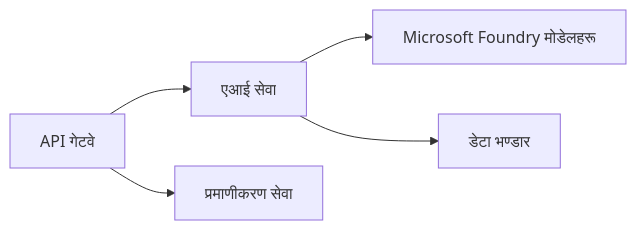
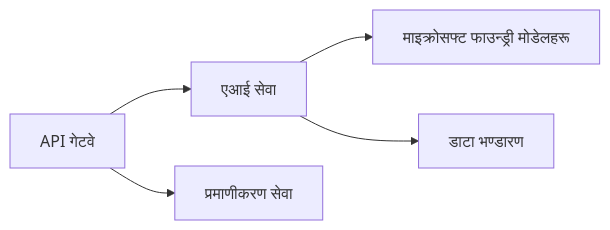
One commit to microsoft/AZD-for-beginners changed the first of 2 diagrams in translations/ne/docs/chapter-08-production/README.md. Above: the diagram before and after it, drawn with Mermaid. The commit also changed other lines of this file and 62 other files, not shown here.

````diff
--- a/translations/ne/docs/chapter-08-production/README.md
+++ b/translations/ne/docs/chapter-08-production/README.md
@@ -48,6 +48,6 @@
 ```mermaid
 graph LR
-    Gateway[API गेटवे] --> AI[एआई सेवा] --> Models[Microsoft Foundry मोडेलहरू]
+    Gateway[API गेटवे] --> AI[एआई सेवा] --> Models[माइक्रोसफ्ट फाउन्ड्री मोडेलहरू]
     Gateway --> Auth[प्रमाणीकरण सेवा]
-    AI --> Data[डेटा भण्डार]
+    AI --> Data[डाटा भण्डारण]
 ```
````
